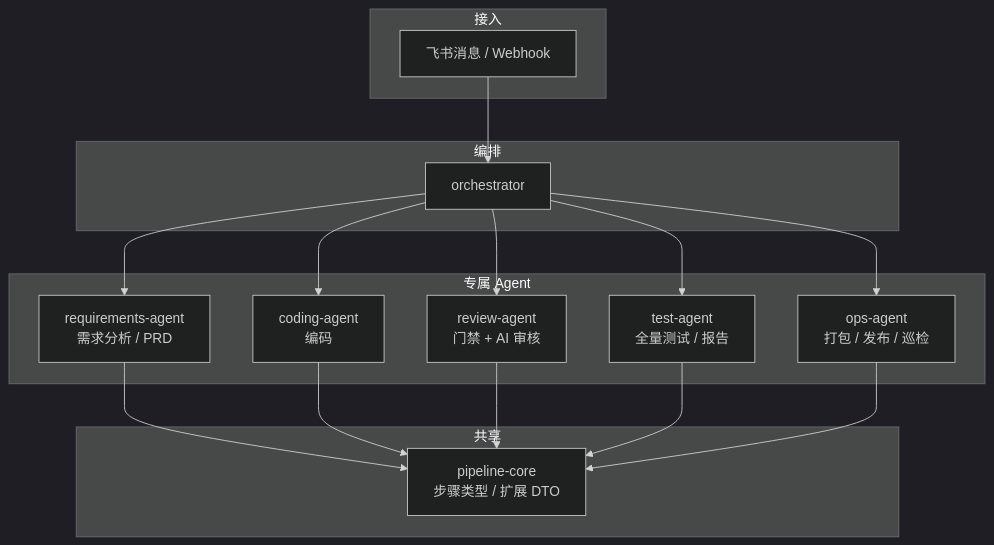
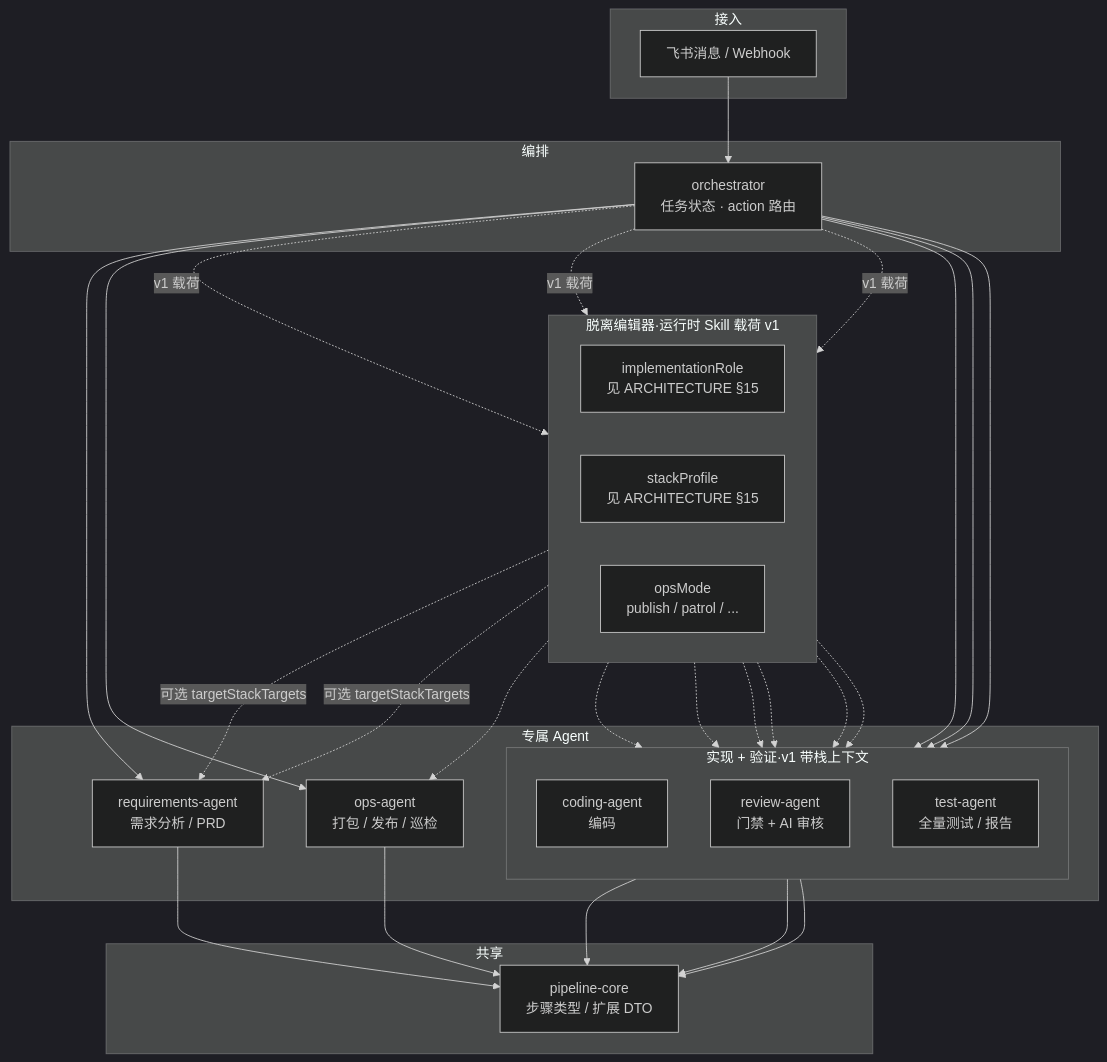
Before and after one commit to panzhanfei/agents-monorepo: the diagram in README.md, drawn with Mermaid (dark theme). The commit also changed other lines of this file and 7 other files, not shown here.

````diff
--- a/README.md
+++ b/README.md
@@ -58,30 +59,51 @@
 ```mermaid
 flowchart TB
   subgraph entry [接入]
     Feishu[飞书消息 / Webhook]
   end
   subgraph orch [编排]
-    Orch[orchestrator]
+    Orch[orchestrator\n任务状态 · action 路由]
   end
   subgraph agents [专属 Agent]
     Req[requirements-agent\n需求分析 / PRD]
-    Cod[coding-agent\n编码]
-    Rev[review-agent\n门禁 + AI 审核]
-    Tst[test-agent\n全量测试 / 报告]
+    subgraph impl [实现 + 验证·v1 带栈上下文]
+      direction TB
+      Cod[coding-agent\n编码]
+      Rev[review-agent\n门禁 + AI 审核]
+      Tst[test-agent\n全量测试 / 报告]
+    end
     Ops[ops-agent\n打包 / 发布 / 巡检]
+  end
+  subgraph skill_ctx [脱离编辑器·运行时 Skill 载荷 v1]
+    direction LR
+    Role[implementationRole\n见 ARCHITECTURE §15]
+    Stack[stackProfile\n见 ARCHITECTURE §15]
+    OpsMode[opsMode\npublish / patrol / ...]
   end
   subgraph shared [共享]
     Core[pipeline-core\n步骤类型 / 扩展 DTO]
   end
   Feishu --> Orch
   Orch --> Req
   Orch --> Cod
   Orch --> Rev
   Orch --> Tst
   Orch --> Ops
+  Orch -. v1 载荷 .-> Role
+  Orch -. v1 载荷 .-> Stack
+  Orch -. v1 载荷 .-> OpsMode
+  Role -. 可选 targetStackTargets .-> Req
+  Stack -. 可选 targetStackTargets .-> Req
+  Role -.-> Cod
+  Stack -.-> Cod
+  Role -.-> Rev
+  Stack -.-> Rev
+  Role -.-> Tst
+  Stack -.-> Tst
+  OpsMode -.-> Ops
   Req --> Core
   Cod --> Core
   Rev --> Core
   Tst --> Core
   Ops --> Core
 ```
````
